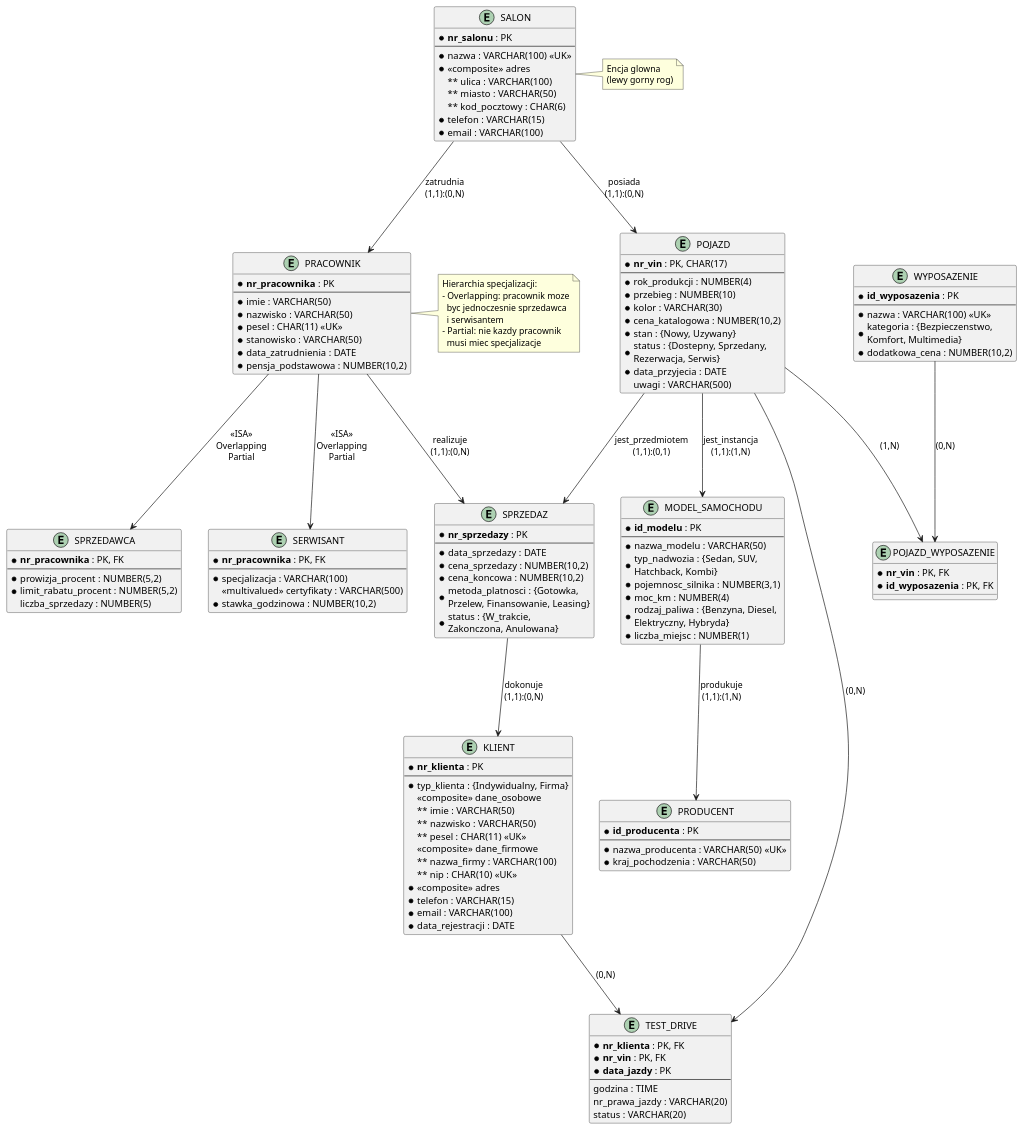
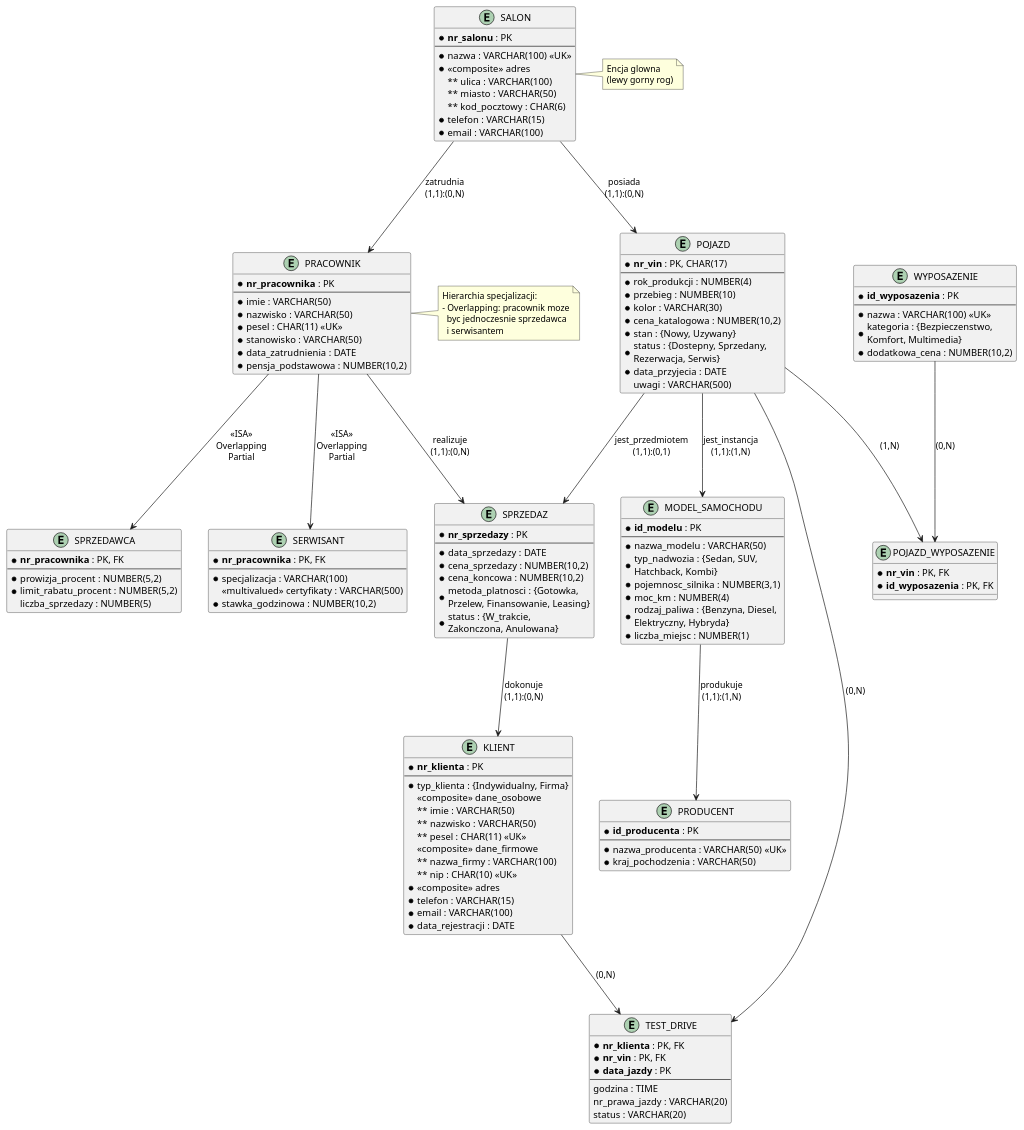
The diagram in koncept/diag.puml (Vort3x5/CarSal), drawn with PlantUML before and after one commit. The commit also changed 6 other files, not shown here.

Commit message:
Czystrze zapytania i kod diagramów

```diff
--- a/koncept/diag.puml
+++ b/koncept/diag.puml
@@ -1,165 +1,163 @@
 @startuml koncept
 ' Schemat ER - Salon Samochodowy - Model Konceptualny
 ' Notacja: Chen/Crow's Foot
 ' Format pionowy (A4)
 
 skinparam ranksep 100
 skinparam nodesep 40
 skinparam defaultFontName "Arial"
 
 entity "SALON" as salon {
   * **nr_salonu** : PK
   --
   * nazwa : VARCHAR(100) <<UK>>
   * <<composite>> adres
     ** ulica : VARCHAR(100)
     ** miasto : VARCHAR(50)
     ** kod_pocztowy : CHAR(6)
   * telefon : VARCHAR(15)
   * email : VARCHAR(100)
 }
 
 entity "PRACOWNIK" as pracownik {
   * **nr_pracownika** : PK
   --
   * imie : VARCHAR(50)
   * nazwisko : VARCHAR(50)
   * pesel : CHAR(11) <<UK>>
   * stanowisko : VARCHAR(50)
   * data_zatrudnienia : DATE
   * pensja_podstawowa : NUMBER(10,2)
 }
 
 entity "SPRZEDAWCA" as sprzedawca {
   * **nr_pracownika** : PK, FK
   --
   * prowizja_procent : NUMBER(5,2)
   * limit_rabatu_procent : NUMBER(5,2)
   liczba_sprzedazy : NUMBER(5)
 }
 
 entity "SERWISANT" as serwisant {
   * **nr_pracownika** : PK, FK
   --
   * specjalizacja : VARCHAR(100)
   <<multivalued>> certyfikaty : VARCHAR(500)
   * stawka_godzinowa : NUMBER(10,2)
 }
 
 entity "POJAZD" as pojazd {
   * **nr_vin** : PK, CHAR(17)
   --
   * rok_produkcji : NUMBER(4)
   * przebieg : NUMBER(10)
   * kolor : VARCHAR(30)
   * cena_katalogowa : NUMBER(10,2)
   * stan : {Nowy, Uzywany}
   * status : {Dostepny, Sprzedany,\nRezerwacja, Serwis}
   * data_przyjecia : DATE
   uwagi : VARCHAR(500)
 }
 
 entity "MODEL_SAMOCHODU" as model {
   * **id_modelu** : PK
   --
   * nazwa_modelu : VARCHAR(50)
   * typ_nadwozia : {Sedan, SUV,\nHatchback, Kombi}
   * pojemnosc_silnika : NUMBER(3,1)
   * moc_km : NUMBER(4)
   * rodzaj_paliwa : {Benzyna, Diesel,\nElektryczny, Hybryda}
   * liczba_miejsc : NUMBER(1)
 }
 
 entity "PRODUCENT" as producent {
   * **id_producenta** : PK
   --
   * nazwa_producenta : VARCHAR(50) <<UK>>
   * kraj_pochodzenia : VARCHAR(50)
 }
 
 entity "SPRZEDAZ" as sprzedaz {
   * **nr_sprzedazy** : PK
   --
   * data_sprzedazy : DATE
   * cena_sprzedazy : NUMBER(10,2)
   * cena_koncowa : NUMBER(10,2)
   * metoda_platnosci : {Gotowka,\nPrzelew, Finansowanie, Leasing}
   * status : {W_trakcie,\nZakonczona, Anulowana}
 }
 
 entity "KLIENT" as klient {
   * **nr_klienta** : PK
   --
   * typ_klienta : {Indywidualny, Firma}
   <<composite>> dane_osobowe
     ** imie : VARCHAR(50)
     ** nazwisko : VARCHAR(50)
     ** pesel : CHAR(11) <<UK>>
   <<composite>> dane_firmowe
     ** nazwa_firmy : VARCHAR(100)
     ** nip : CHAR(10) <<UK>>
   * <<composite>> adres
   * telefon : VARCHAR(15)
   * email : VARCHAR(100)
   * data_rejestracji : DATE
 }
 
 entity "WYPOSAZENIE" as wyposazenie {
   * **id_wyposazenia** : PK
   --
   * nazwa : VARCHAR(100) <<UK>>
   * kategoria : {Bezpieczenstwo,\nKomfort, Multimedia}
   * dodatkowa_cena : NUMBER(10,2)
 }
 
 entity "TEST_DRIVE" as test_drive {
   * **nr_klienta** : PK, FK
   * **nr_vin** : PK, FK
   * **data_jazdy** : PK
   --
   godzina : TIME
   nr_prawa_jazdy : VARCHAR(20)
   status : VARCHAR(20)
 }
 
 entity "POJAZD_WYPOSAZENIE" as pojazd_wyp {
   * **nr_vin** : PK, FK
   * **id_wyposazenia** : PK, FK
 }
 
 salon -down-> pracownik : "zatrudnia\n(1,1):(0,N)"
 salon -down-> pojazd : "posiada\n(1,1):(0,N)"
 
 pracownik -down-> sprzedawca : "<<ISA>>\nOverlapping\nPartial"
 pracownik -down-> serwisant : "<<ISA>>\nOverlapping\nPartial"
 
 pracownik -down-> sprzedaz : "realizuje\n(1,1):(0,N)"
 
 pojazd -down-> model : "jest_instancja\n(1,1):(1,N)"
 pojazd -down-> sprzedaz : "jest_przedmiotem\n(1,1):(0,1)"
 pojazd -down-> pojazd_wyp : "(1,N)"
 pojazd -down-> test_drive : "(0,N)"
 
 model -down-> producent : "produkuje\n(1,1):(1,N)"
 
 sprzedaz -down-> klient : "dokonuje\n(1,1):(0,N)"
 
 klient -down-> test_drive : "(0,N)"
 
 wyposazenie -down-> pojazd_wyp : "(0,N)"
 
 note right of salon
   Encja glowna
   (lewy gorny rog)
 end note
 
 note right of pracownik
   Hierarchia specjalizacji:
   - Overlapping: pracownik moze
     byc jednoczesnie sprzedawca
     i serwisantem
-  - Partial: nie kazdy pracownik
-    musi miec specjalizacje
 end note
 
 @enduml
```
